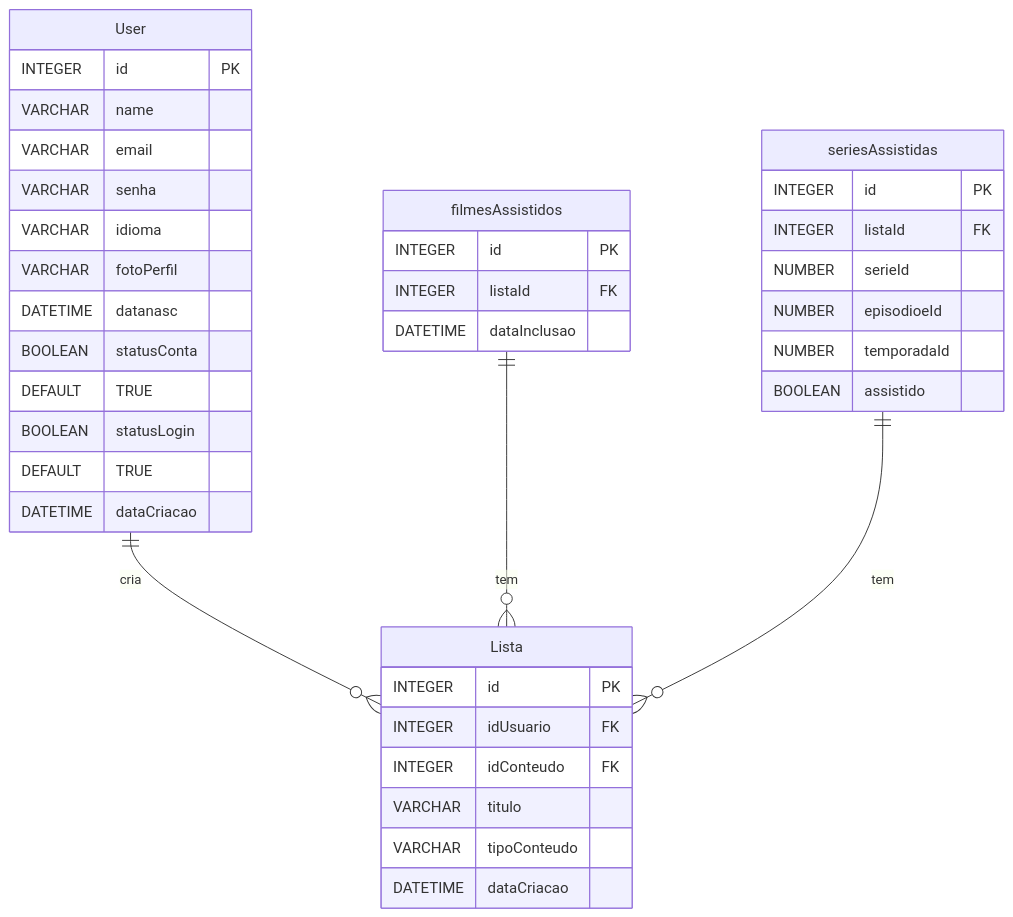
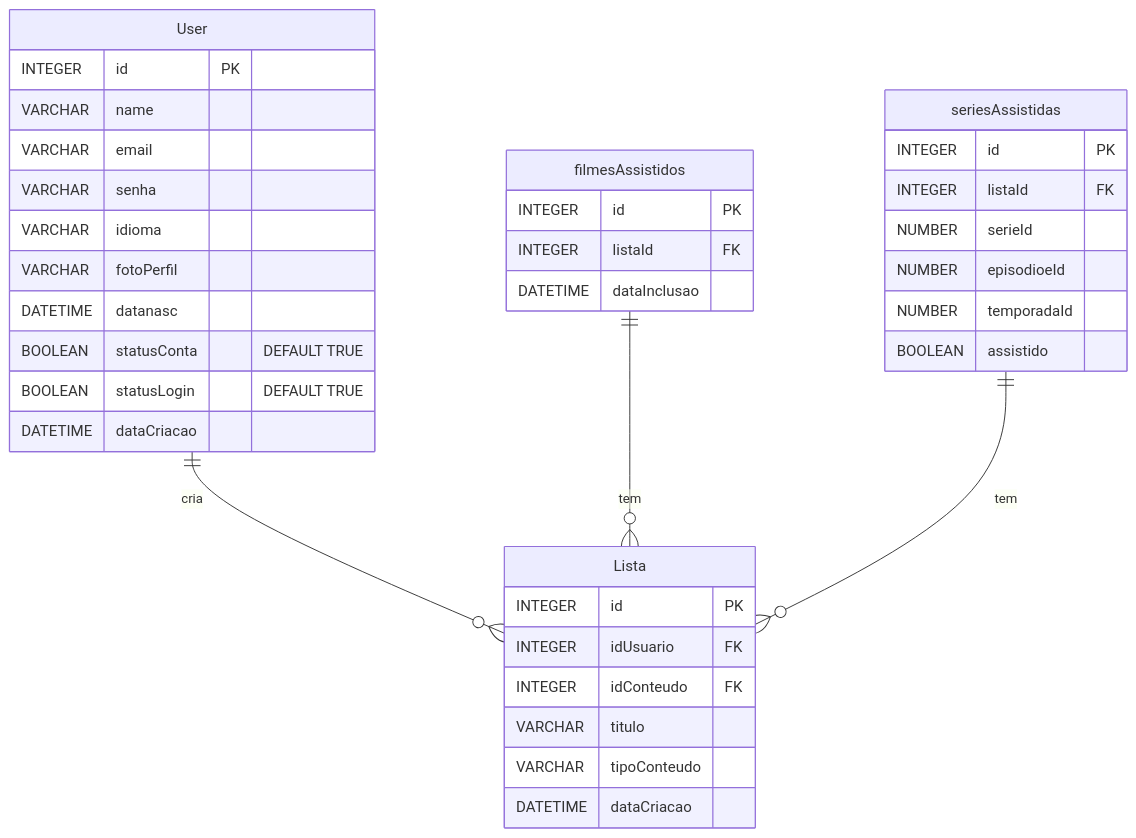
Before and after one commit to pedro-schabarum/WatchList: the diagram in README.md, drawn with Mermaid.

Commit message:
Ajuste diagrama do banco

````diff
--- a/README.md
+++ b/README.md
@@ -25,45 +25,45 @@
 ```mermaid
 erDiagram
     User {
         INTEGER id PK
         VARCHAR name
         VARCHAR email
         VARCHAR senha
         VARCHAR idioma
         VARCHAR fotoPerfil
         DATETIME datanasc
-        BOOLEAN statusConta DEFAULT TRUE
-        BOOLEAN statusLogin DEFAULT TRUE
+        BOOLEAN statusConta "DEFAULT TRUE"
+        BOOLEAN statusLogin "DEFAULT TRUE"
         DATETIME dataCriacao
     }
 
     filmesAssistidos {
         INTEGER id PK
         INTEGER listaId FK
         DATETIME dataInclusao
     }
 
     seriesAssistidas {
         INTEGER id PK
         INTEGER listaId FK
         NUMBER serieId
         NUMBER episodioeId
         NUMBER temporadaId
         BOOLEAN assistido
     }
 
     Lista {
         INTEGER id PK
         INTEGER idUsuario FK
         INTEGER idConteudo FK
         VARCHAR titulo
         VARCHAR tipoConteudo
         DATETIME dataCriacao
     }
 
     User ||--o{ Lista: "cria"
     filmesAssistidos ||--o{ Lista: "tem"
     seriesAssistidas ||--o{ Lista: "tem"
 
 
 ```
````
